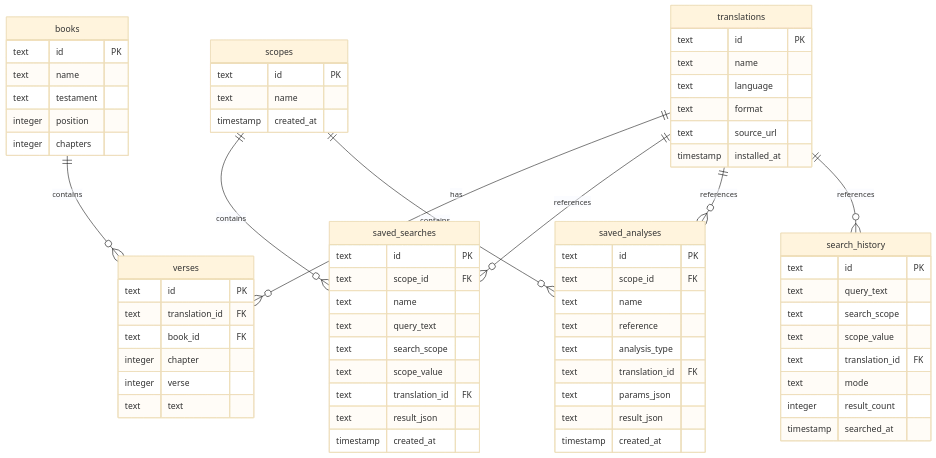
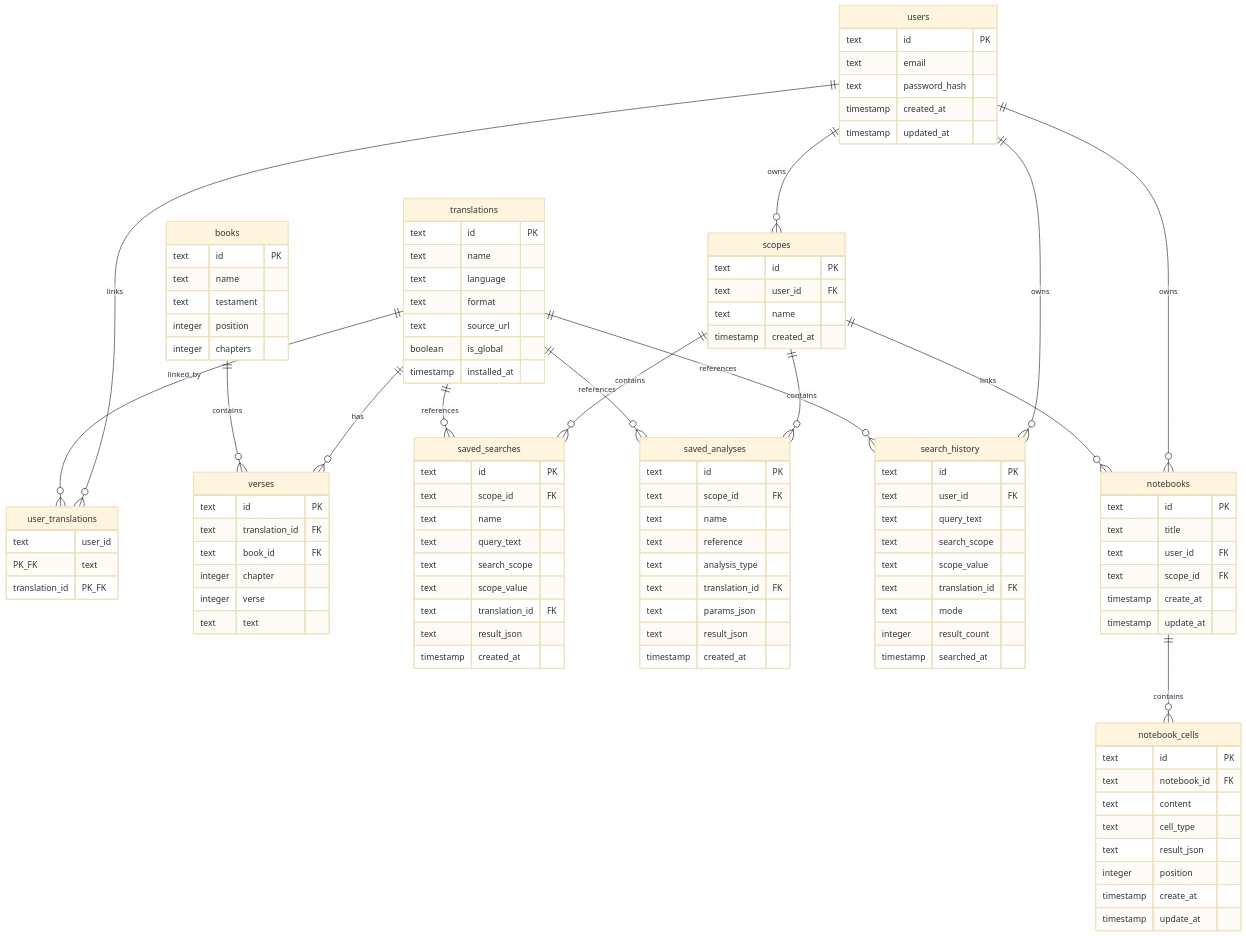
One commit to mvirtai/clible-v3-go changed the diagram in docs/architecture/database.md. Above: the diagram before and after it, drawn with Mermaid (base theme). The commit also changed other lines of this file and 54 other files, not shown here.

````diff
--- a/docs/architecture/database.md
+++ b/docs/architecture/database.md
@@ -13,5 +13,13 @@
 ```mermaid
 erDiagram
+    users {
+        text id PK
+        text email
+        text password_hash
+        timestamp created_at
+        timestamp updated_at
+    }
+
     books {
         text id PK
         text name
@@ -26,7 +34,13 @@
         text language
         text format
         text source_url
+        boolean is_global
         timestamp installed_at
+    }
+
+    user_translations {
+        text user_id PK_FK
+        text translation_id PK_FK
     }
 
     verses {
@@ -40,6 +54,7 @@
 
     scopes {
         text id PK
+        text user_id FK
         text name
         timestamp created_at
     }
@@ -70,6 +85,7 @@
 
     search_history {
         text id PK
+        text user_id FK
         text query_text
         text search_scope
         text scope_value
@@ -79,10 +95,37 @@
         timestamp searched_at
     }
 
+    notebooks {
+        text id PK
+        text title
+        text user_id FK
+        text scope_id FK
+        timestamp create_at
+        timestamp update_at
+    }
+
+    notebook_cells {
+        text id PK
+        text notebook_id FK
+        text content
+        text cell_type
+        text result_json
+        integer position
+        timestamp create_at
+        timestamp update_at
+    }
+
+    users ||--o{ scopes : "owns"
+    users ||--o{ notebooks : "owns"
+    users ||--o{ search_history : "owns"
+    users ||--o{ user_translations : "links"
+    translations ||--o{ user_translations : "linked_by"
     translations ||--o{ verses : "has"
     books ||--o{ verses : "contains"
     scopes ||--o{ saved_searches : "contains"
     scopes ||--o{ saved_analyses : "contains"
+    scopes ||--o{ notebooks : "links"
+    notebooks ||--o{ notebook_cells : "contains"
     translations ||--o{ saved_searches : "references"
     translations ||--o{ saved_analyses : "references"
     translations ||--o{ search_history : "references"
````
